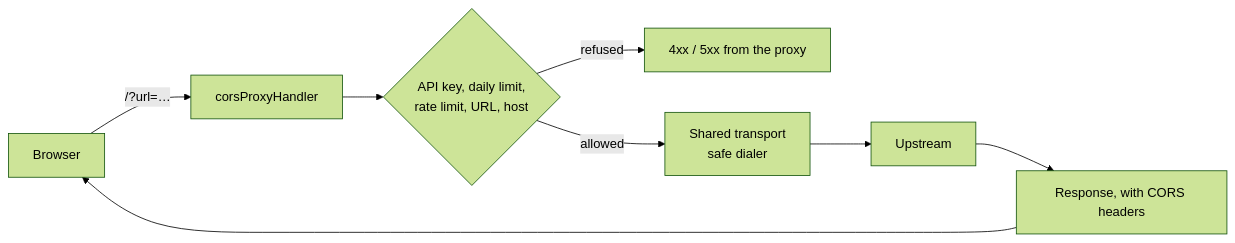
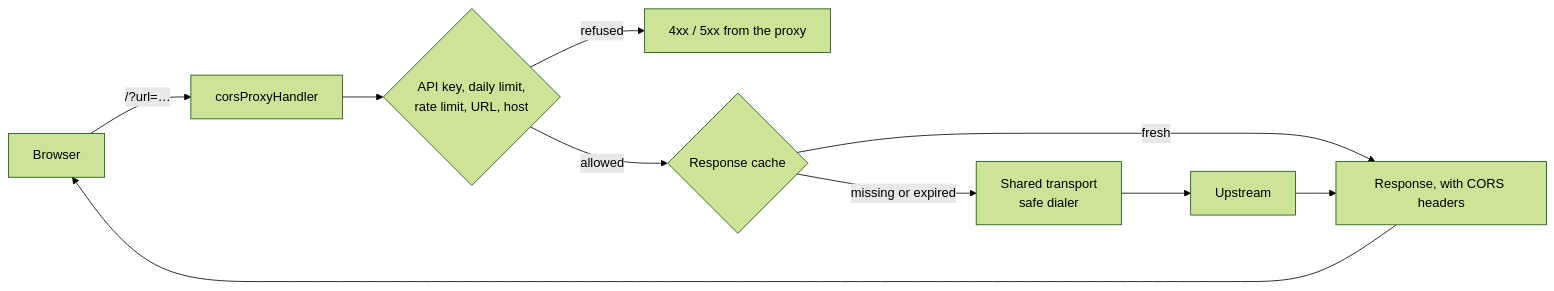
The diagram in docs/developer/architecture.md (ulenarofmondarth/fvtt-package-corsproxy), drawn with Mermaid (forest theme) before and after one commit. The commit also changed other lines of this file and 10 other files, not shown here.

````diff
--- a/docs/developer/architecture.md
+++ b/docs/developer/architecture.md
@@ -5,10 +5,12 @@
 ```{mermaid}
 flowchart LR
   client[Browser] -->|"/?url=…"| handler[corsProxyHandler]
   handler --> checks{"API key, daily limit,<br>rate limit, URL, host"}
   checks -->|refused| error[4xx / 5xx from the proxy]
-  checks -->|allowed| transport[Shared transport<br>safe dialer]
+  checks -->|allowed| cache{Response cache}
+  cache -->|fresh| response
+  cache -->|missing or expired| transport[Shared transport<br>safe dialer]
   transport --> upstream[Upstream]
   upstream --> response[Response, with CORS headers]
   response --> client
 ```
````
